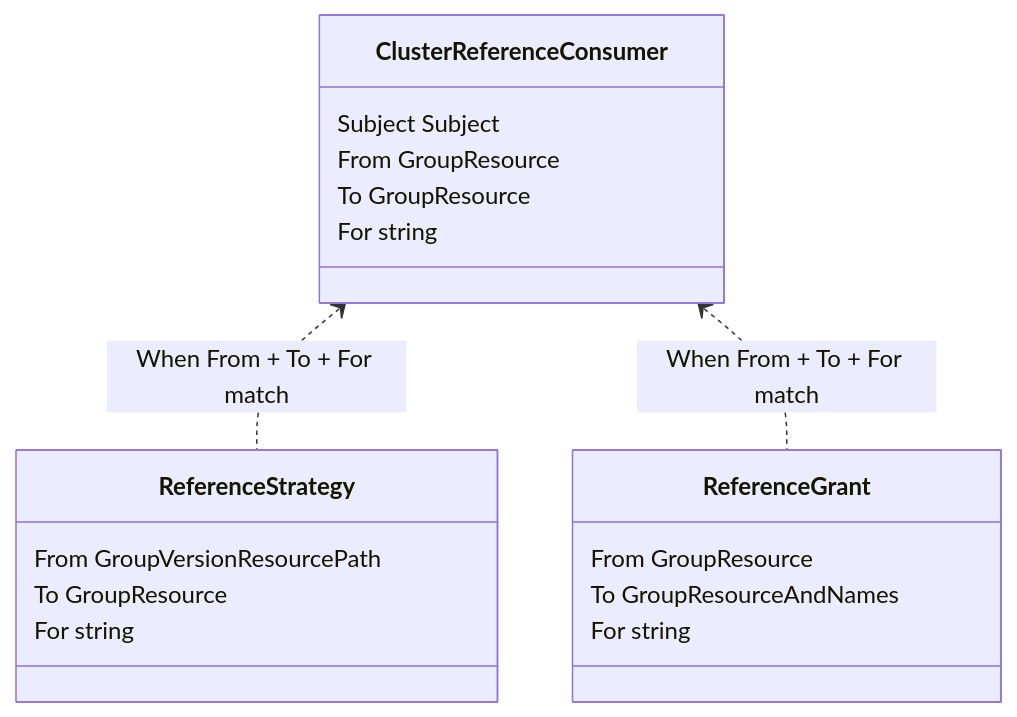
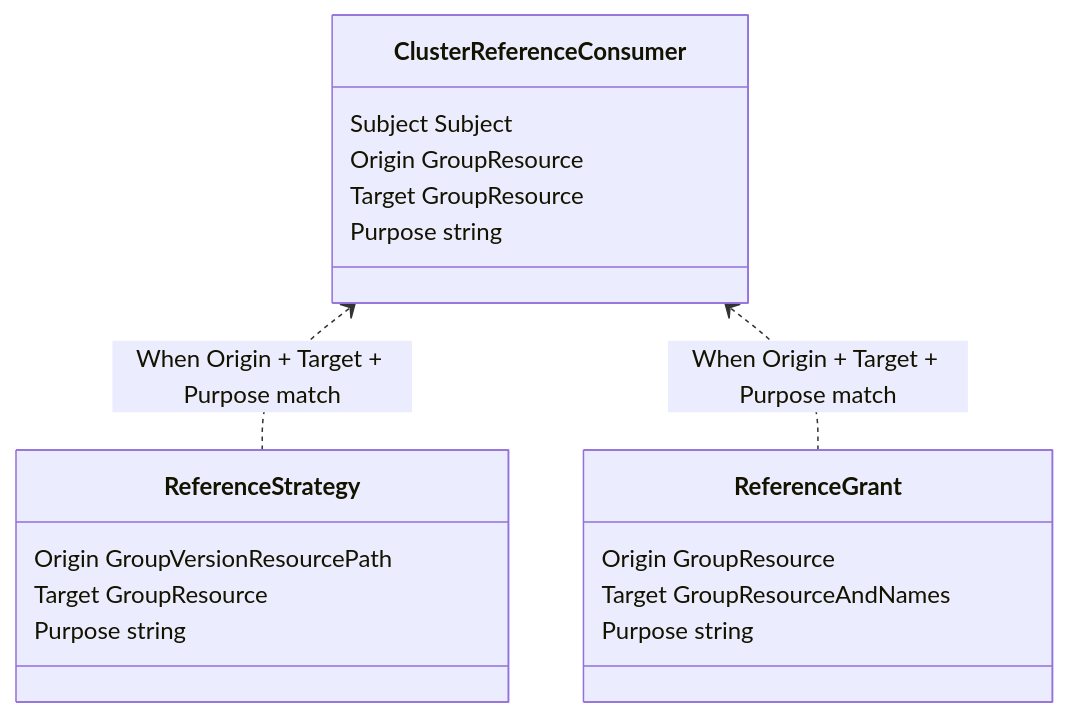
The first of 2 diagrams in keps/sig-auth/3766-referential-authorization/README.md (kubernetes/enhancements), drawn with Mermaid before and after one commit. The commit also changed other lines of this file, not shown here.

Commit message:
Rename From/To/For to Origin/Target/Purpose

````diff
--- a/keps/sig-auth/3766-referential-authorization/README.md
+++ b/keps/sig-auth/3766-referential-authorization/README.md
@@ -109,22 +109,22 @@
 ```mermaid
 classDiagram
-    ClusterReferenceConsumer <.. ReferenceStrategy : When From + To + For match
-    ClusterReferenceConsumer <.. ReferenceGrant : When From + To + For match
+    ClusterReferenceConsumer <.. ReferenceStrategy : When Origin + Target + Purpose match
+    ClusterReferenceConsumer <.. ReferenceGrant : When Origin + Target + Purpose match
 
     class ClusterReferenceConsumer{
         Subject Subject
-        From GroupResource
-        To GroupResource
-        For string
+        Origin GroupResource
+        Target GroupResource
+        Purpose string
     }
     class ReferenceStrategy{
-        From GroupVersionResourcePath
-        To GroupResource
-        For string
+        Origin GroupVersionResourcePath
+        Target GroupResource
+        Purpose string
     }
     class ReferenceGrant{
-        From GroupResource
-        To GroupResourceAndNames
-        For string
+        Origin GroupResource
+        Target GroupResourceAndNames
+        Purpose string
     }
 ```
````
